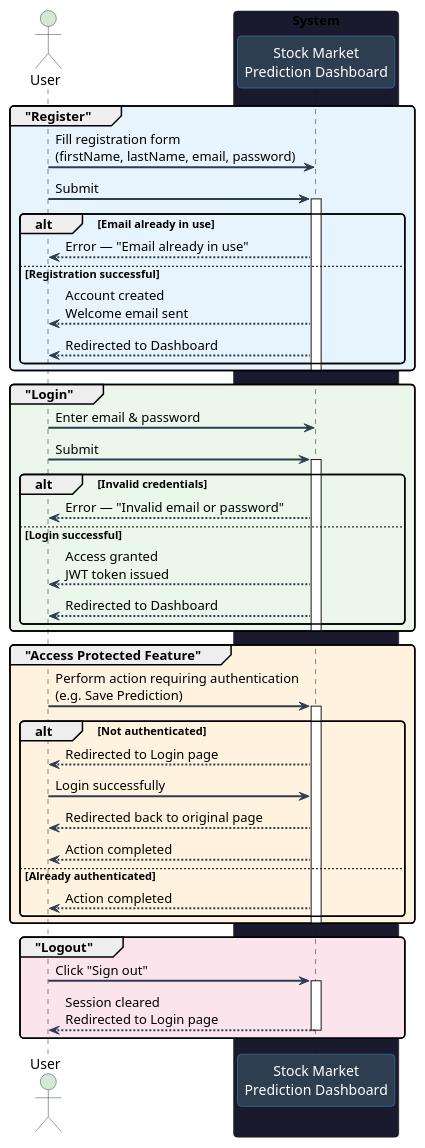
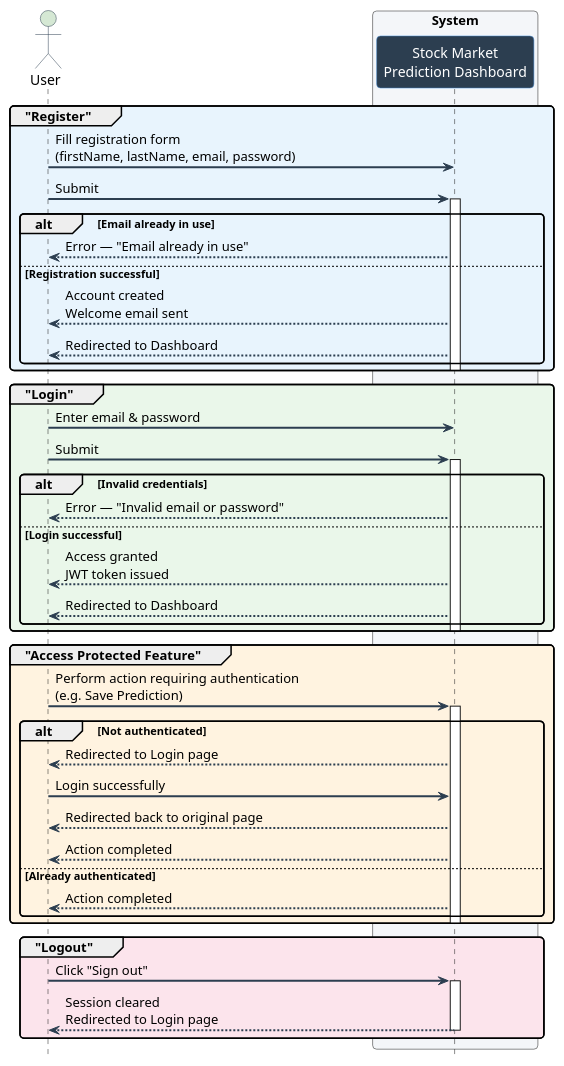
The diagram in sequence_auth_blackbox.puml (abir-ommezzine/stock_market_dashboard), drawn with PlantUML before and after one commit. The commit also changed 16 other files, not shown here.

```diff
--- a/sequence_auth_blackbox.puml
+++ b/sequence_auth_blackbox.puml
@@ -1,90 +1,91 @@
 @startuml Authentication - Black Box Sequence Diagram
-
+hide footbox
+skinparam BoxPadding 300
 skinparam sequenceArrowThickness 2
 skinparam roundcorner 8
 skinparam sequenceActorBorderColor #2C3E50
 skinparam sequenceActorBackgroundColor #D5E8D4
 skinparam sequenceParticipantBorderColor #4A90D9
 skinparam sequenceParticipantBackgroundColor #1A1A2E
 skinparam sequenceParticipantFontColor #FFFFFF
 skinparam sequenceArrowColor #2C3E50
 skinparam noteBorderColor #F0A500
 skinparam noteBackgroundColor #FFF8E1
 
 actor "User" as User
 
-box "System" #1A1A2E
+box "System" #F4F6F9
     participant "Stock Market\nPrediction Dashboard" as System #2C3E50
 end box
 
 ' ═══════════════════════════════════════════
-' REGISTER
+' REGISTER           
 ' ═══════════════════════════════════════════
 group #E8F4FD "Register"
     User  -> System : Fill registration form\n(firstName, lastName, email, password)
     User  -> System : Submit
 
     activate System
 
     alt Email already in use
         System --> User : Error — "Email already in use"
 
     else Registration successful
         System --> User : Account created\nWelcome email sent
         System --> User : Redirected to Dashboard
     end
 
     deactivate System
 end
 
 ' ═══════════════════════════════════════════
 ' LOGIN
 ' ═══════════════════════════════════════════
 group #EAF7EA "Login"
     User  -> System : Enter email & password
     User  -> System : Submit
 
     activate System
 
     alt Invalid credentials
         System --> User : Error — "Invalid email or password"
 
     else Login successful
         System --> User : Access granted\nJWT token issued
         System --> User : Redirected to Dashboard
     end
 
     deactivate System
 end
 
 ' ═══════════════════════════════════════════
 ' PROTECTED ACTION (e.g. Save Prediction)
 ' ═══════════════════════════════════════════
 group #FFF3E0 "Access Protected Feature"
     User -> System : Perform action requiring authentication\n(e.g. Save Prediction)
 
     activate System
 
     alt Not authenticated
         System --> User : Redirected to Login page
         User   -> System : Login successfully
         System --> User : Redirected back to original page
         System --> User : Action completed
     else Already authenticated
         System --> User : Action completed
     end
 
     deactivate System
 end
 
 ' ═══════════════════════════════════════════
 ' LOGOUT
 ' ═══════════════════════════════════════════
 group #FCE4EC "Logout"
     User  -> System : Click "Sign out"
     activate System
     System --> User : Session cleared\nRedirected to Login page
     deactivate System
 end
 
 @enduml
```
